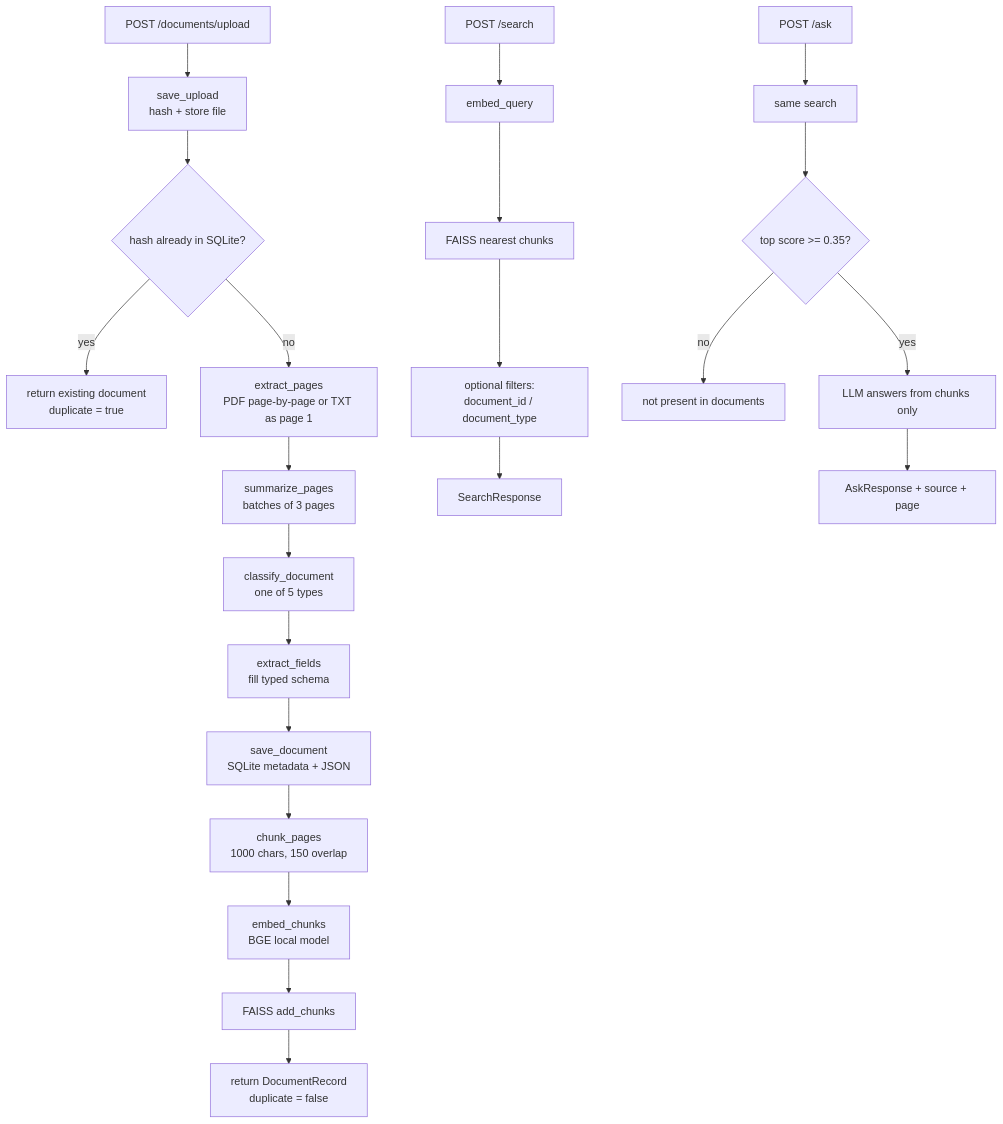
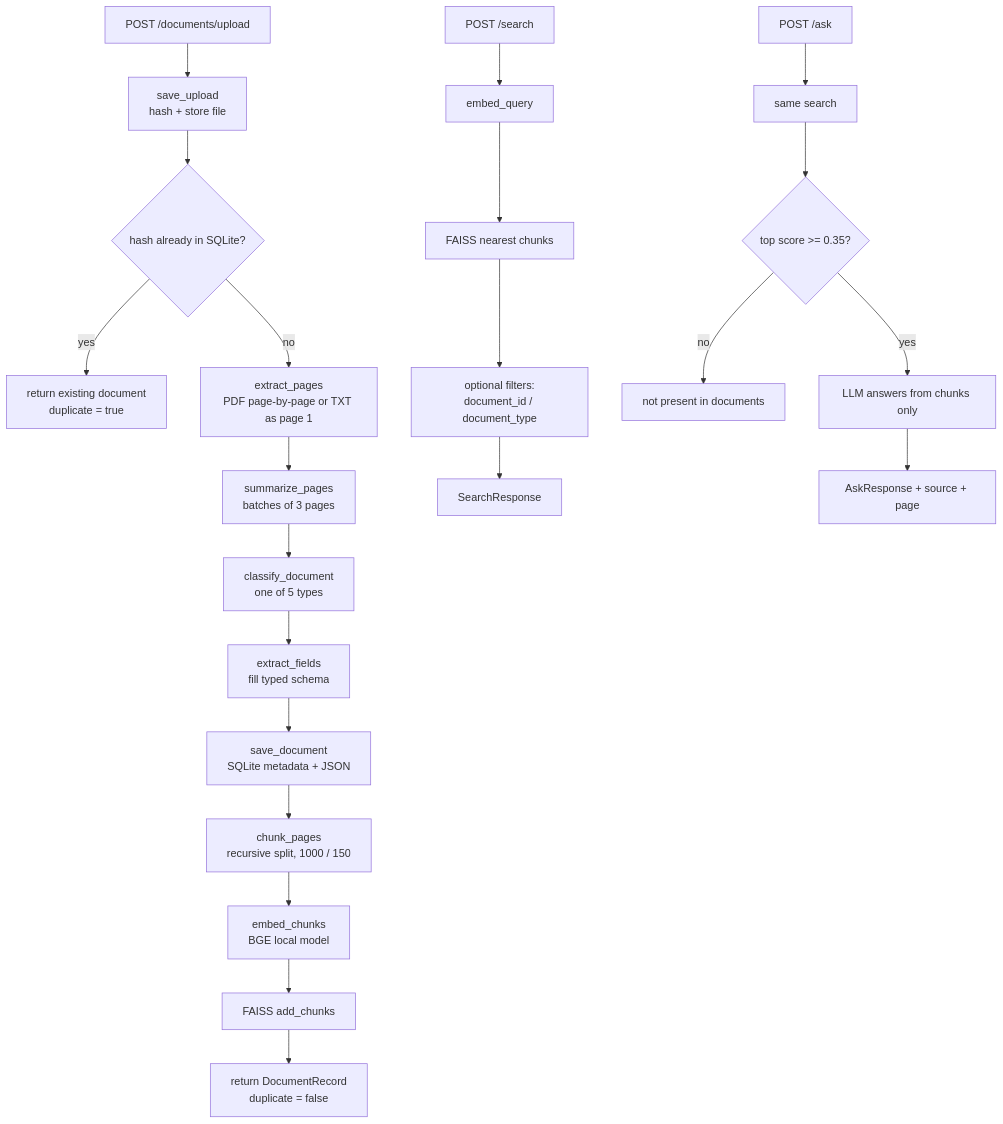
Before and after one commit to bhanreddy1973/AI_RAG_Intelligent_Document: the first of 4 diagrams in README.md, drawn with Mermaid. The commit also changed other lines of this file and 20 other files, not shown here.

````diff
--- a/README.md
+++ b/README.md
@@ -68,26 +68,26 @@
 ```mermaid
 flowchart TD
     A["POST /documents/upload"] --> B["save_upload<br/>hash + store file"]
     B --> C{"hash already in SQLite?"}
     C -->|yes| D["return existing document<br/>duplicate = true"]
     C -->|no| E["extract_pages<br/>PDF page-by-page or TXT as page 1"]
     E --> F["summarize_pages<br/>batches of 3 pages"]
     F --> G["classify_document<br/>one of 5 types"]
     G --> H["extract_fields<br/>fill typed schema"]
     H --> I["save_document<br/>SQLite metadata + JSON"]
-    I --> J["chunk_pages<br/>1000 chars, 150 overlap"]
+    I --> J["chunk_pages<br/>recursive split, 1000 / 150"]
     J --> K["embed_chunks<br/>BGE local model"]
     K --> L["FAISS add_chunks"]
     L --> M["return DocumentRecord<br/>duplicate = false"]
 
     N["POST /search"] --> O["embed_query"]
     O --> P["FAISS nearest chunks"]
     P --> Q["optional filters:<br/>document_id / document_type"]
     Q --> R["SearchResponse"]
 
     S["POST /ask"] --> T["same search"]
     T --> U{"top score >= 0.35?"}
     U -->|no| V["not present in documents"]
     U -->|yes| W["LLM answers from chunks only"]
     W --> X["AskResponse + source + page"]
 ```
````
